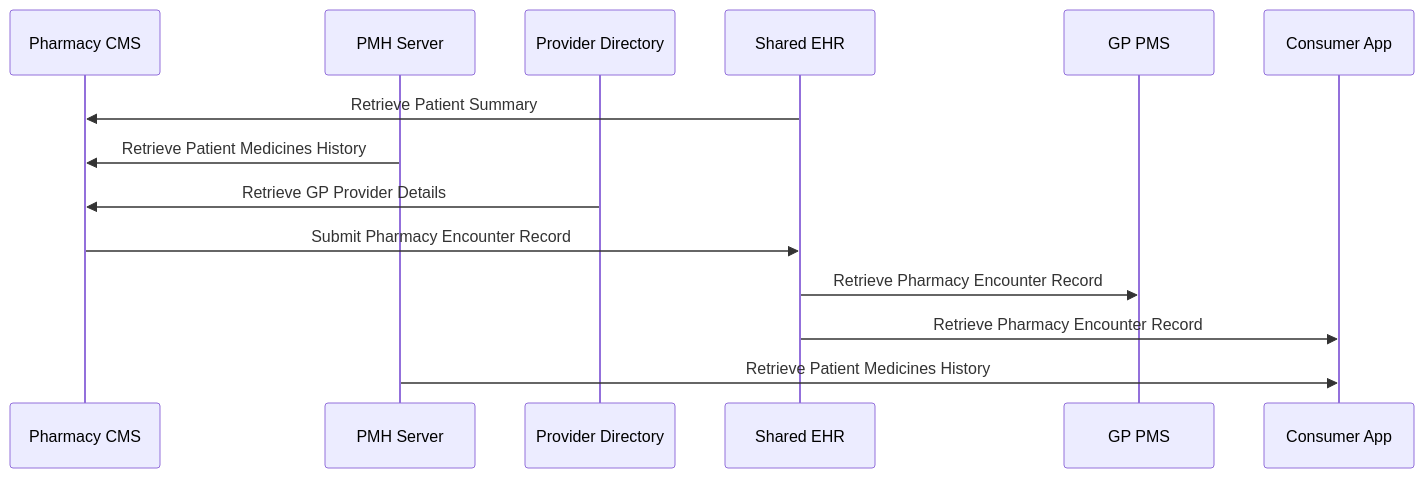
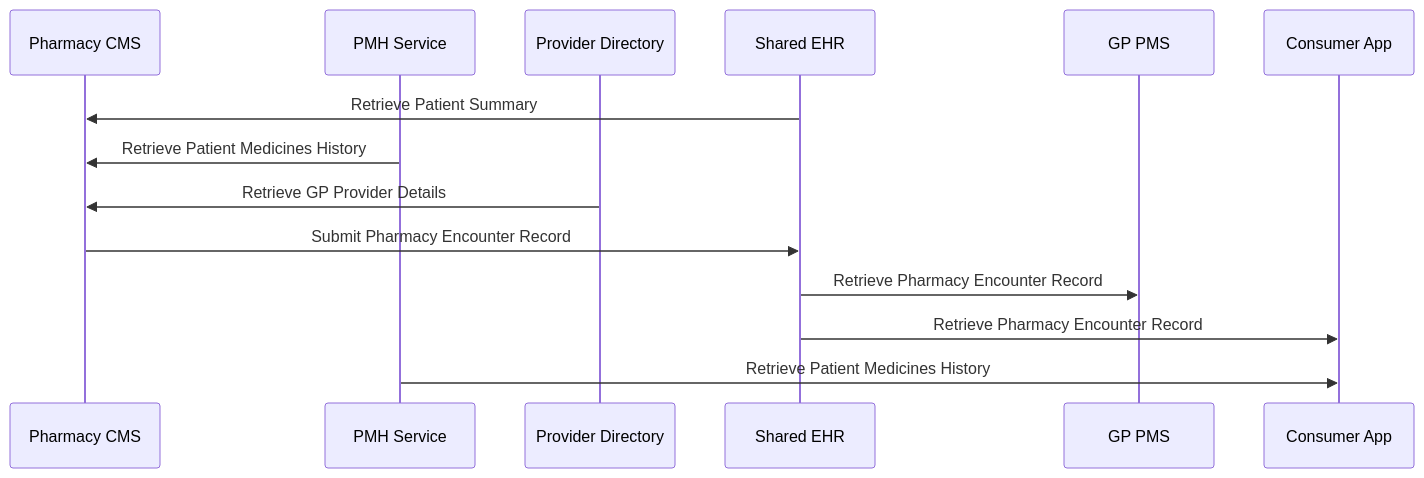
Before and after one commit to hl7au/au-fhir-test-data: the fifth of 7 diagrams in au-fhir-test-data-set/connected-care/Alex Story Interactions.md, drawn with Mermaid. The commit also changed other lines of this file, not shown here.

````diff
--- a/au-fhir-test-data-set/connected-care/Alex Story Interactions.md
+++ b/au-fhir-test-data-set/connected-care/Alex Story Interactions.md
@@ -132,21 +133,21 @@
 ```mermaid
 sequenceDiagram
 
     participant PMS as Pharmacy CMS
-    participant PMH as PMH Server
+    participant PMH as PMH Service
     participant PD as Provider Directory
     participant SEHR as Shared EHR
     participant GP as GP PMS
     participant PatApp as Consumer App
 
     SEHR->>PMS: Retrieve Patient Summary
 
     PMH->>PMS: Retrieve Patient Medicines History
 
     PD->>PMS: Retrieve GP Provider Details
     PMS->>SEHR: Submit Pharmacy Encounter Record
     SEHR->>GP: Retrieve Pharmacy Encounter Record
 
     SEHR->>PatApp: Retrieve Pharmacy Encounter Record
     PMH->>PatApp: Retrieve Patient Medicines History
 ```
````
